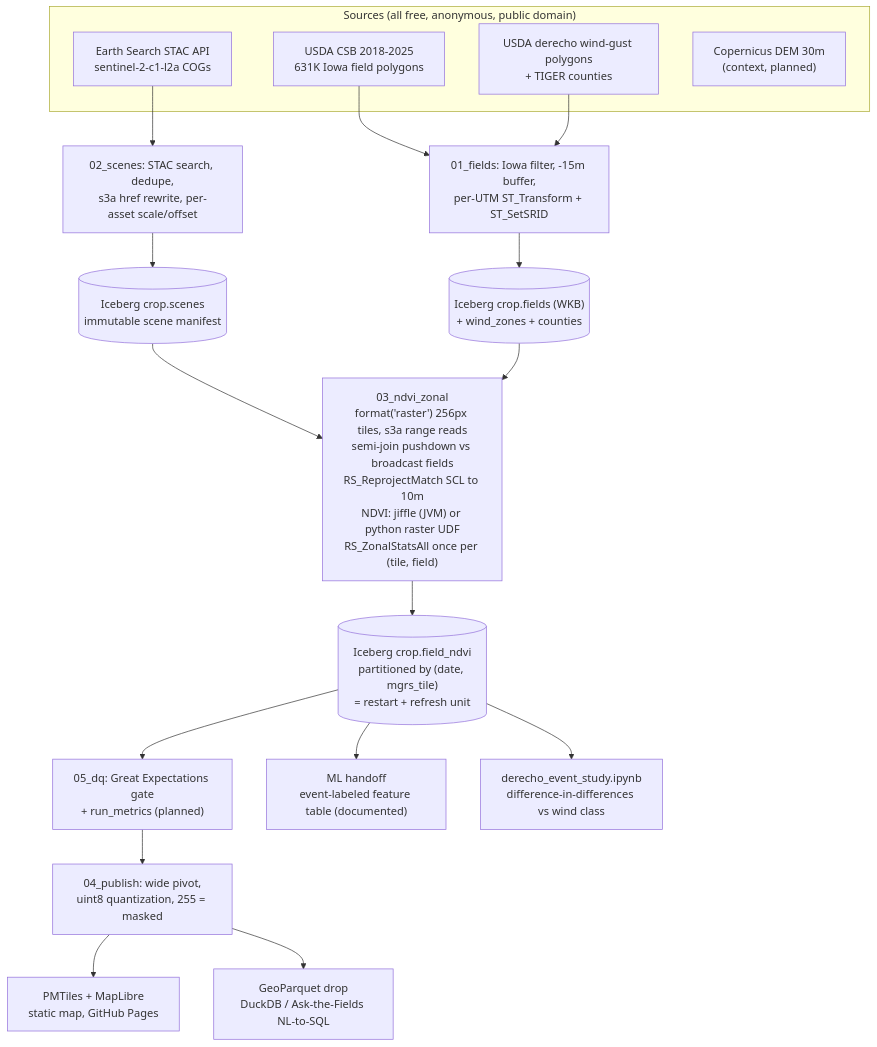
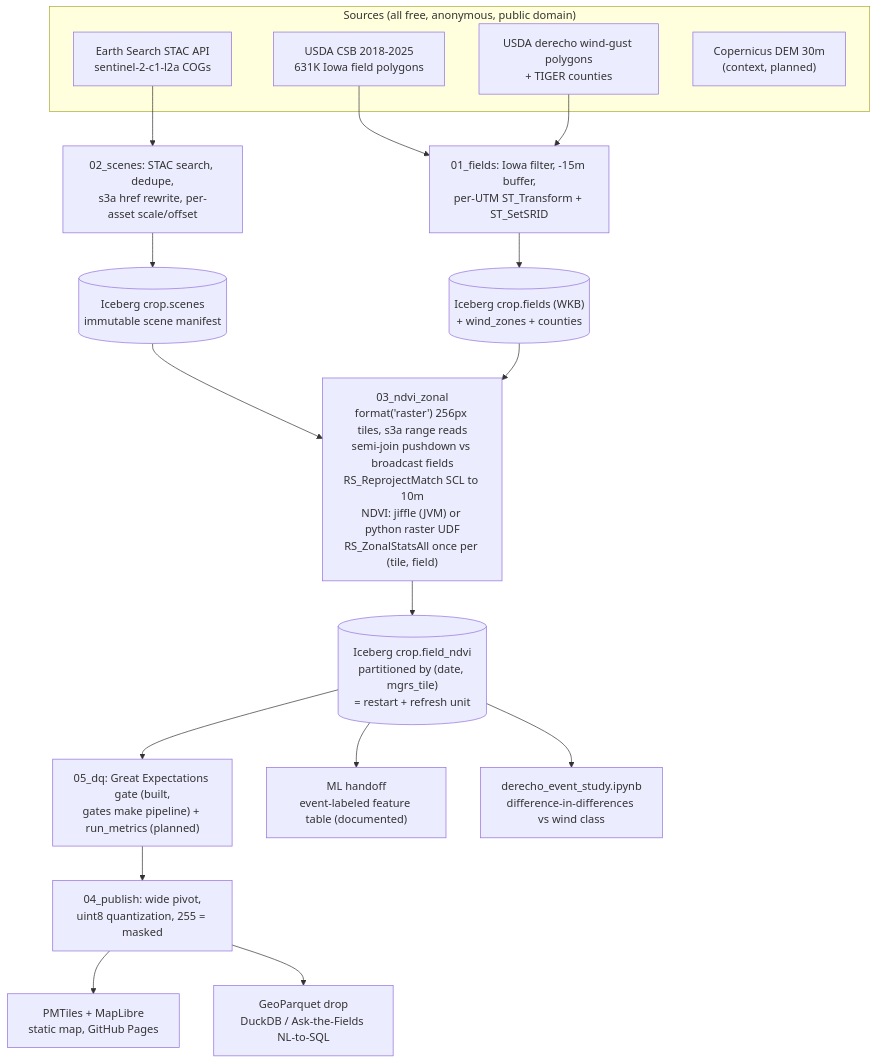
Before and after one commit to owensross27/s2-field-ndvi: the diagram in docs/architecture.md, drawn with Mermaid. The commit also changed 3 other files, not shown here.

````diff
--- a/docs/architecture.md
+++ b/docs/architecture.md
@@ -7,28 +7,28 @@
 ```mermaid
 flowchart TD
   subgraph SRC["Sources (all free, anonymous, public domain)"
     ]
     A1["Earth Search STAC API<br/>sentinel-2-c1-l2a COGs"]
     A2["USDA CSB 2018-2025<br/>631K Iowa field polygons"]
     A3["USDA derecho wind-gust polygons<br/>+ TIGER counties"]
     A4["Copernicus DEM 30m<br/>(context, planned)"]
   end
 
   A1 --> B["02_scenes: STAC search, dedupe,<br/>s3a href rewrite, per-asset scale/offset"]
   B --> C[("Iceberg crop.scenes<br/>immutable scene manifest")]
   A2 --> D["01_fields: Iowa filter, -15m buffer,<br/>per-UTM ST_Transform + ST_SetSRID"]
   A3 --> D
   D --> E[("Iceberg crop.fields (WKB)<br/>+ wind_zones + counties")]
 
   C --> F["03_ndvi_zonal<br/>format('raster') 256px tiles, s3a range reads<br/>semi-join pushdown vs broadcast fields<br/>RS_ReprojectMatch SCL to 10m<br/>NDVI: jiffle (JVM) or python raster UDF<br/>RS_ZonalStatsAll once per (tile, field)"]
   E --> F
   F --> G[("Iceberg crop.field_ndvi<br/>partitioned by (date, mgrs_tile)<br/>= restart + refresh unit")]
 
-  G --> H["05_dq: Great Expectations gate<br/>+ run_metrics (planned)"]
+  G --> H["05_dq: Great Expectations gate (built,<br/>gates make pipeline) + run_metrics (planned)"]
   H --> I["04_publish: wide pivot,<br/>uint8 quantization, 255 = masked"]
 
   I --> J["PMTiles + MapLibre<br/>static map, GitHub Pages"]
   I --> K["GeoParquet drop<br/>DuckDB / Ask-the-Fields NL-to-SQL"]
   G --> L["ML handoff<br/>event-labeled feature table (documented)"]
   G --> M["derecho_event_study.ipynb<br/>difference-in-differences vs wind class"]
 ```
````
